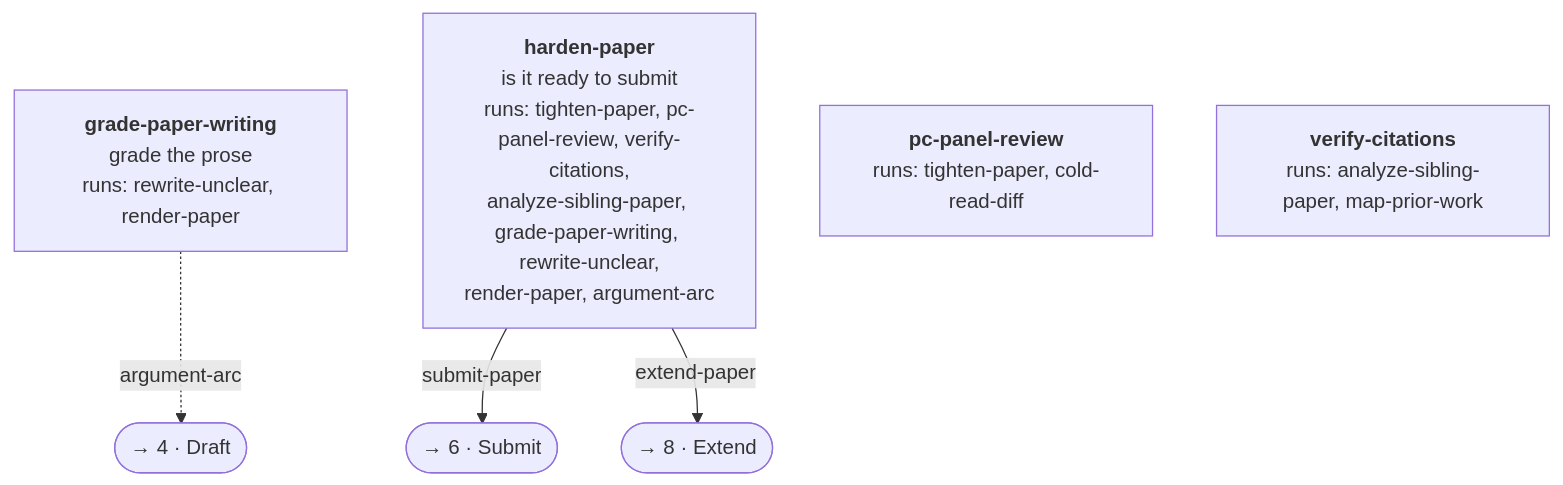
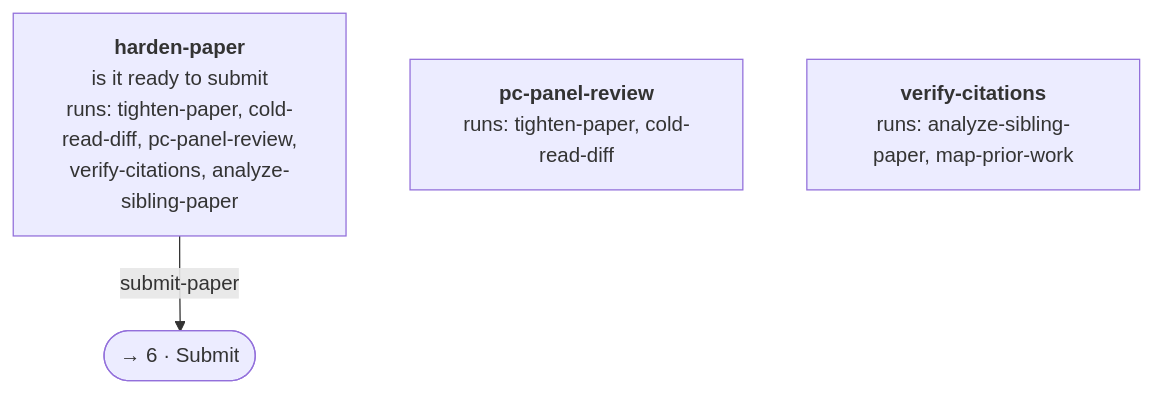
One commit to zernie/paperlint changed the sixth of 9 diagrams in docs/pipeline.md. Above: the diagram before and after it, drawn with Mermaid. The commit also changed other lines of this file and 54 other files, not shown here.

First line of the commit message:
refactor(skills)!: delete grade-paper-writing; harden-paper becomes the submit checklist

````diff
--- a/docs/pipeline.md
+++ b/docs/pipeline.md
@@ -148,13 +146,8 @@
 ```mermaid
 flowchart TB
-  grade_paper_writing["<b>grade-paper-writing</b><br/>grade the prose<br/>runs: rewrite-unclear, render-paper"]
-  harden_paper["<b>harden-paper</b><br/>is it ready to submit<br/>runs: tighten-paper, pc-panel-review, verify-citations,<br/>analyze-sibling-paper, grade-paper-writing, rewrite-unclear,<br/>render-paper, argument-arc"]
+  harden_paper["<b>harden-paper</b><br/>is it ready to submit<br/>runs: tighten-paper, cold-read-diff, pc-panel-review,<br/>verify-citations, analyze-sibling-paper"]
   pc_panel_review["<b>pc-panel-review</b><br/>runs: tighten-paper, cold-read-diff"]
   verify_citations["<b>verify-citations</b><br/>runs: analyze-sibling-paper, map-prior-work"]
-  to_stage_draft(["→ 4 · Draft"])
   to_stage_submit(["→ 6 · Submit"])
-  to_stage_extend(["→ 8 · Extend"])
-  grade_paper_writing -. "argument-arc" .-> to_stage_draft
   harden_paper -- "submit-paper" --> to_stage_submit
-  harden_paper -- "extend-paper" --> to_stage_extend
 ```
````
